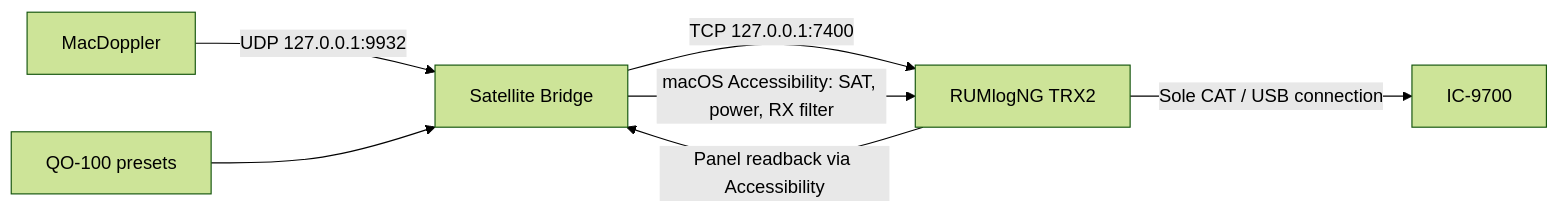
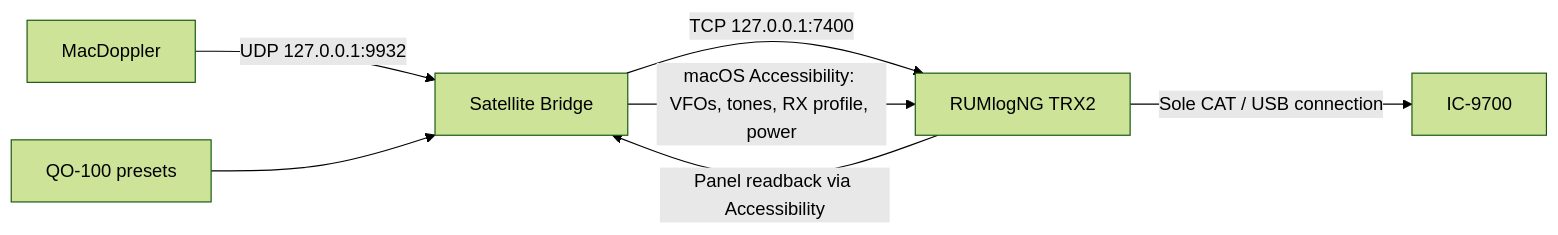
The diagram in README.md (matpet/satellite-bridge), drawn with Mermaid (forest theme) before and after one commit. The commit also changed other lines of this file and 19 other files, not shown here.

````diff
--- a/README.md
+++ b/README.md
@@ -27,9 +27,9 @@
 ```mermaid
 flowchart LR
     MD[MacDoppler] -->|UDP 127.0.0.1:9932| B[Satellite Bridge]
     P[QO-100 presets] --> B
     B -->|TCP 127.0.0.1:7400| R[RUMlogNG TRX2]
-    B -->|macOS Accessibility: SAT, power, RX filter| R
+    B -->|macOS Accessibility: VFOs, tones, RX profile, power| R
     R -->|Sole CAT / USB connection| I[IC-9700]
     R -->|Panel readback via Accessibility| B
 ```
````
